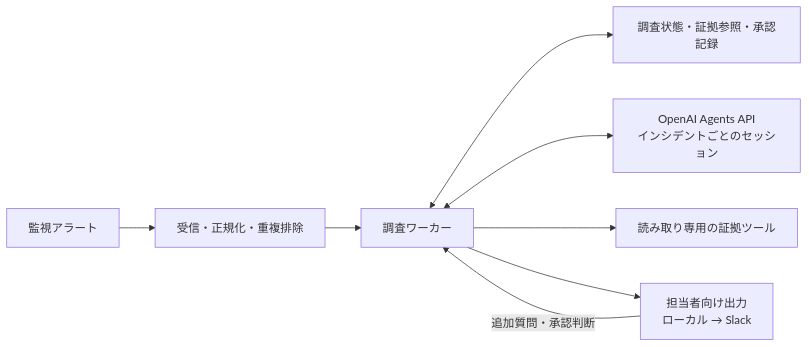
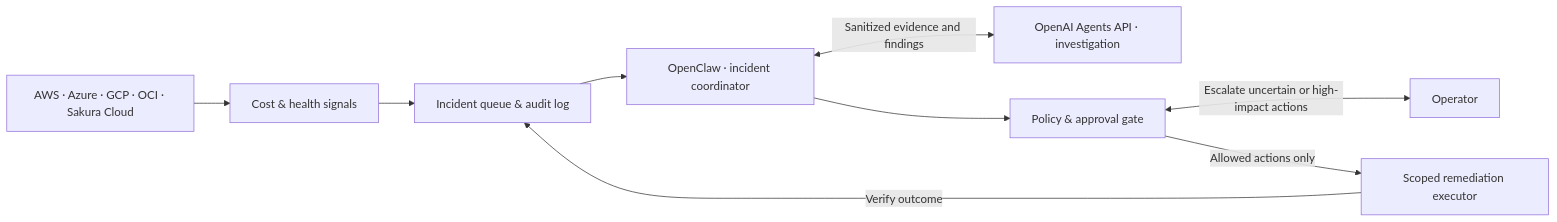
One commit to moruku36/sre-agent changed the diagram in README.md. Above: the diagram before and after it, drawn with Mermaid. The commit also changed other lines of this file and 1 other file, not shown here.

Commit message:
Design the five-cloud SRE harness and document it in English

````diff
--- a/README.md
+++ b/README.md
@@ -18,10 +9,11 @@
 ```mermaid
 flowchart LR
-    A["監視アラート"] --> B["受信・正規化・重複排除"]
-    B --> Q["調査ワーカー"]
-    Q <--> D["調査状態・証拠参照・承認記録"]
-    Q <--> E["OpenAI Agents API<br/>インシデントごとのセッション"]
-    Q --> F["読み取り専用の証拠ツール"]
-    Q --> S["担当者向け出力<br/>ローカル → Slack"]
-    S -->|"追加質問・承認判断"| Q
+  Clouds["AWS · Azure · GCP · OCI · Sakura Cloud"] --> Signals["Cost & health signals"]
+  Signals --> Store["Incident queue & audit log"]
+  Store --> OC["OpenClaw · incident coordinator"]
+  OC <-->|"Sanitized evidence and findings"| AI["OpenAI Agents API · investigation"]
+  OC --> Policy["Policy & approval gate"]
+  Policy <-->|"Escalate uncertain or high-impact actions"| Owner["Operator"]
+  Policy -->|"Allowed actions only"| Executor["Scoped remediation executor"]
+  Executor -->|"Verify outcome"| Store
 ```
````
